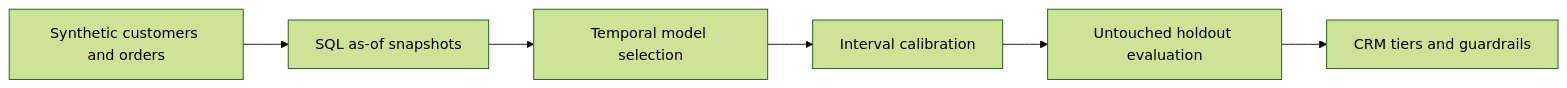
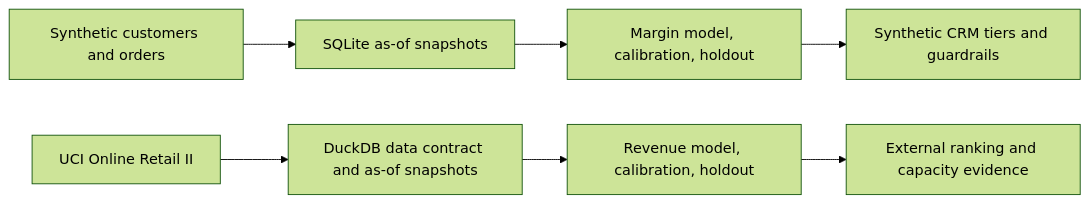
Before and after one commit to parisaMSTFV/customer-lifetime-value-decision-system: the diagram in README.md, drawn with Mermaid (forest theme). The commit also changed other lines of this file and 23 other files, not shown here.

First line of the commit message:
Add external CLV validation and decision evidence (#6)

````diff
--- a/README.md
+++ b/README.md
@@ -48,8 +81,9 @@
 ```mermaid
 flowchart LR
-    A["Synthetic customers and orders"] --> B["SQL as-of snapshots"]
-    B --> C["Temporal model selection"]
-    C --> D["Interval calibration"]
-    D --> E["Untouched holdout evaluation"]
-    E --> F["CRM tiers and guardrails"]
+    A["Synthetic customers and orders"] --> B["SQLite as-of snapshots"]
+    U["UCI Online Retail II"] --> D["DuckDB data contract and as-of snapshots"]
+    B --> C["Margin model, calibration, holdout"]
+    D --> E["Revenue model, calibration, holdout"]
+    C --> F["Synthetic CRM tiers and guardrails"]
+    E --> G["External ranking and capacity evidence"]
 ```
````
